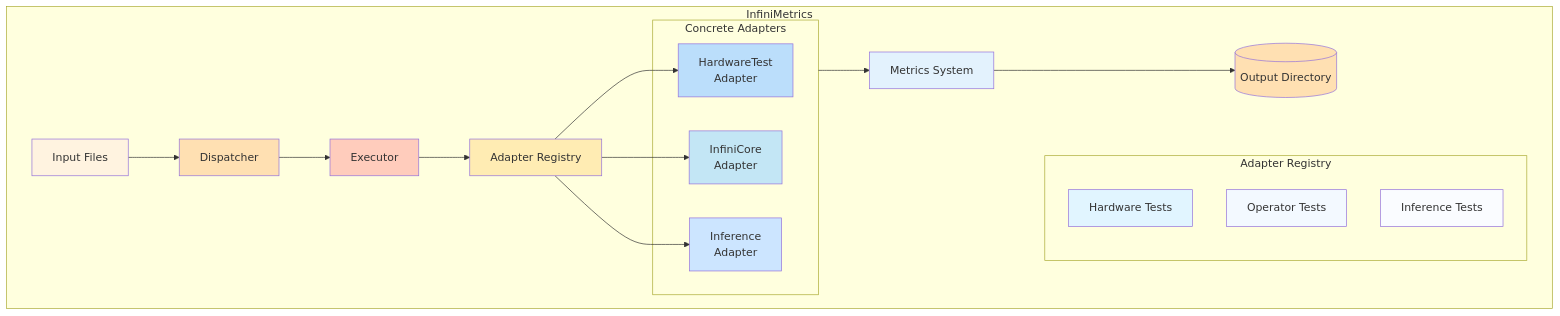
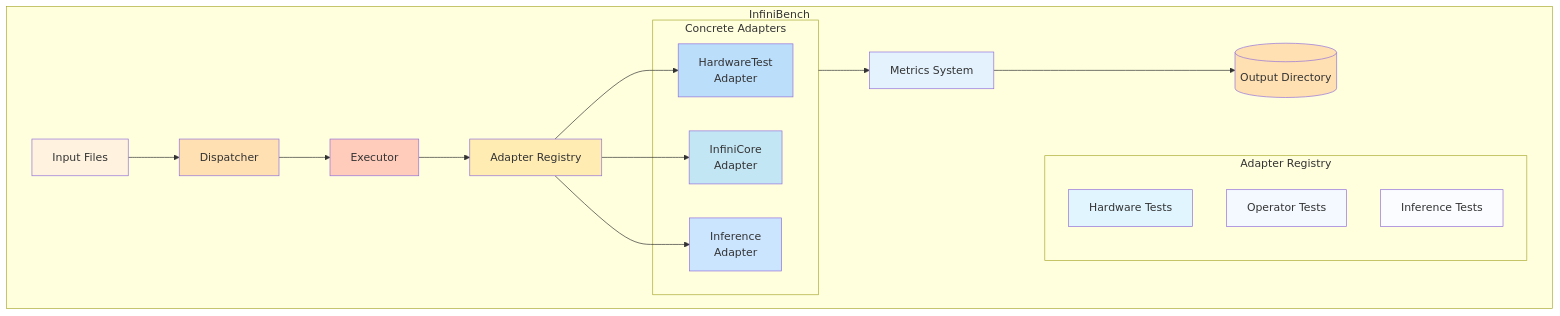
Before and after one commit to InfiniTensor/InfiniMetrics: the diagram in docs/architecture.md, drawn with Mermaid. The commit also changed other lines of this file and 122 other files, not shown here.

````diff
--- a/docs/architecture.md
+++ b/docs/architecture.md
@@ -53,41 +53,41 @@
 ```mermaid
 flowchart TB
-    subgraph InfiniMetrics["InfiniMetrics"]
+    subgraph InfiniBench["InfiniBench"]
         Input[Input Files] --> Dispatcher[Dispatcher]
         Dispatcher --> Executor[Executor]
         Executor --> AdapterRegistry["Adapter Registry"]
 
         subgraph Adapters["Adapter Registry"]
             Hardware["Hardware Tests"]
             Operator["Operator Tests"]
             Inference["Inference Tests"]
         end
 
         AdapterRegistry --> HWAdapter["Hardware Adapter"]
         AdapterRegistry --> OpAdapter["Operator Adapter"]
         AdapterRegistry --> InfAdapter["Inference Adapter"]
 
         subgraph Concrete["Concrete Adapters"]
             HWAdapter["HardwareTest<br/>Adapter"]
             OpAdapter["InfiniCore<br/>Adapter"]
             InfAdapter["Inference<br/>Adapter"]
         end
 
         Concrete --> Metrics["Metrics System"]
 
         Metrics --> Output[(Output Directory)]
 
         style Hardware fill:#e1f5ff
         style Operator fill:#f3f9ff
         style Inference fill:#fafcff
         style HWAdapter fill:#bbdefb
         style OpAdapter fill:#c3e6f5
         style InfAdapter fill:#cce5ff
         style Metrics fill:#e3f2fd
         style Input fill:#fff3e0
         style Dispatcher fill:#ffe0b2
         style Executor fill:#ffccbc
         style AdapterRegistry fill:#ffecb3
         style Output fill:#ffe0b2
     end
 ```
````
